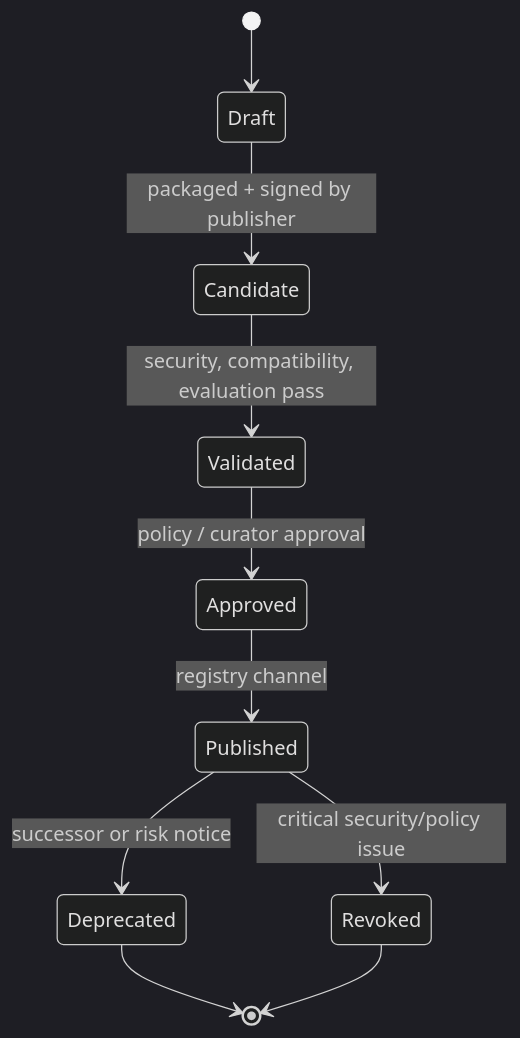
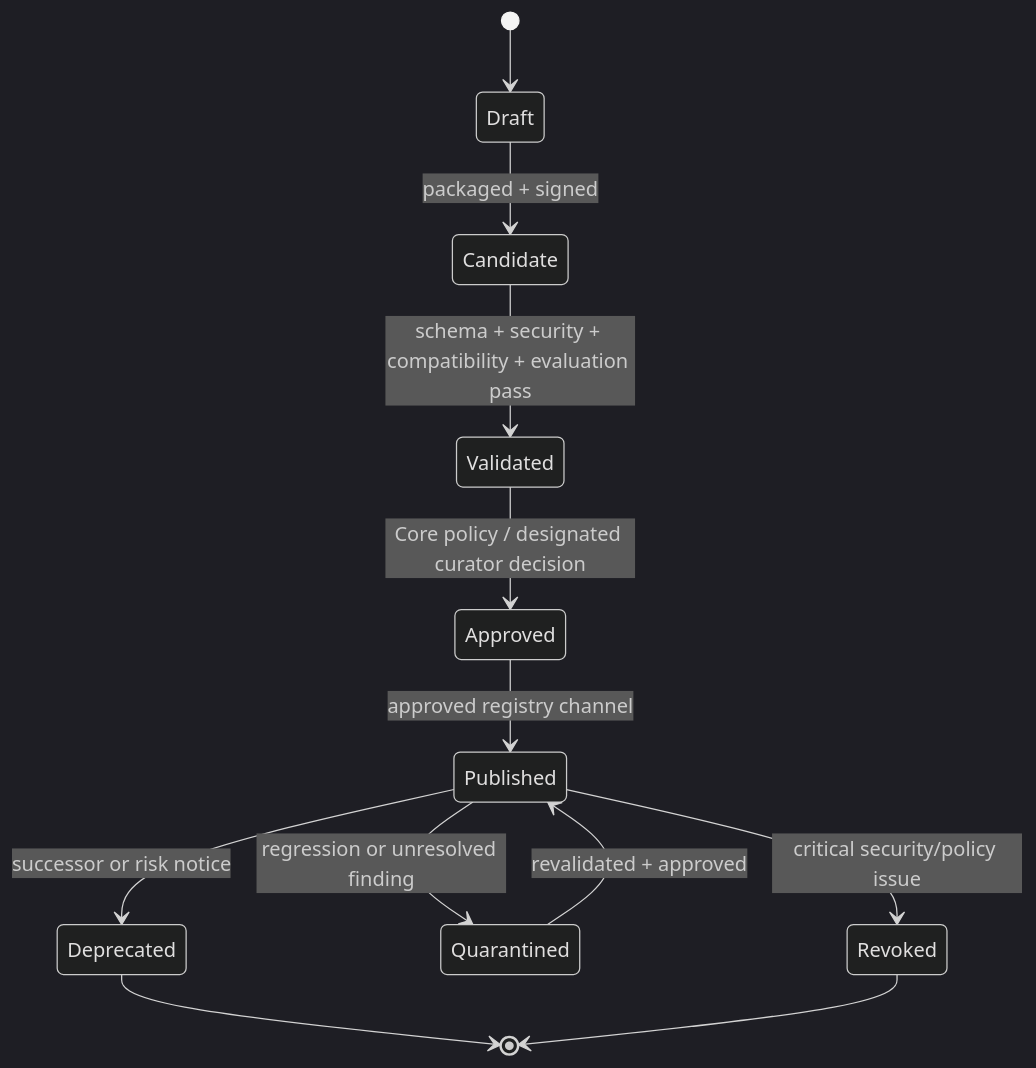
Before and after one commit to wepld/wepld: the diagram in docs/09_Skills_System.md, drawn with Mermaid (dark theme). The commit also changed other lines of this file and 46 other files, not shown here.

Commit message:
docs: define governed delivery and Hermes intelligence roadmap

```diff
--- a/docs/09_Skills_System.md
+++ b/docs/09_Skills_System.md
@@ -30,12 +82,14 @@
 ~~~mermaid
 stateDiagram-v2
   [*] --> Draft
-  Draft --> Candidate: packaged + signed by publisher
-  Candidate --> Validated: security, compatibility, evaluation pass
-  Validated --> Approved: policy / curator approval
-  Approved --> Published: registry channel
+  Draft --> Candidate: packaged + signed
+  Candidate --> Validated: schema + security + compatibility + evaluation pass
+  Validated --> Approved: Core policy / designated curator decision
+  Approved --> Published: approved registry channel
   Published --> Deprecated: successor or risk notice
+  Published --> Quarantined: regression or unresolved finding
   Published --> Revoked: critical security/policy issue
+  Quarantined --> Published: revalidated + approved
   Deprecated --> [*]
   Revoked --> [*]
 ~~~
```
